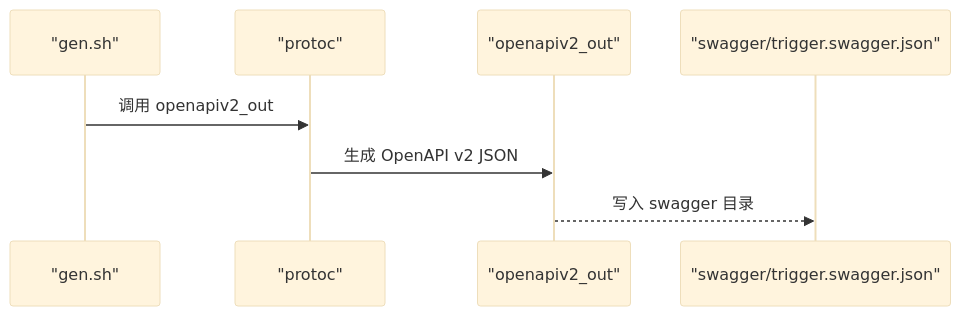
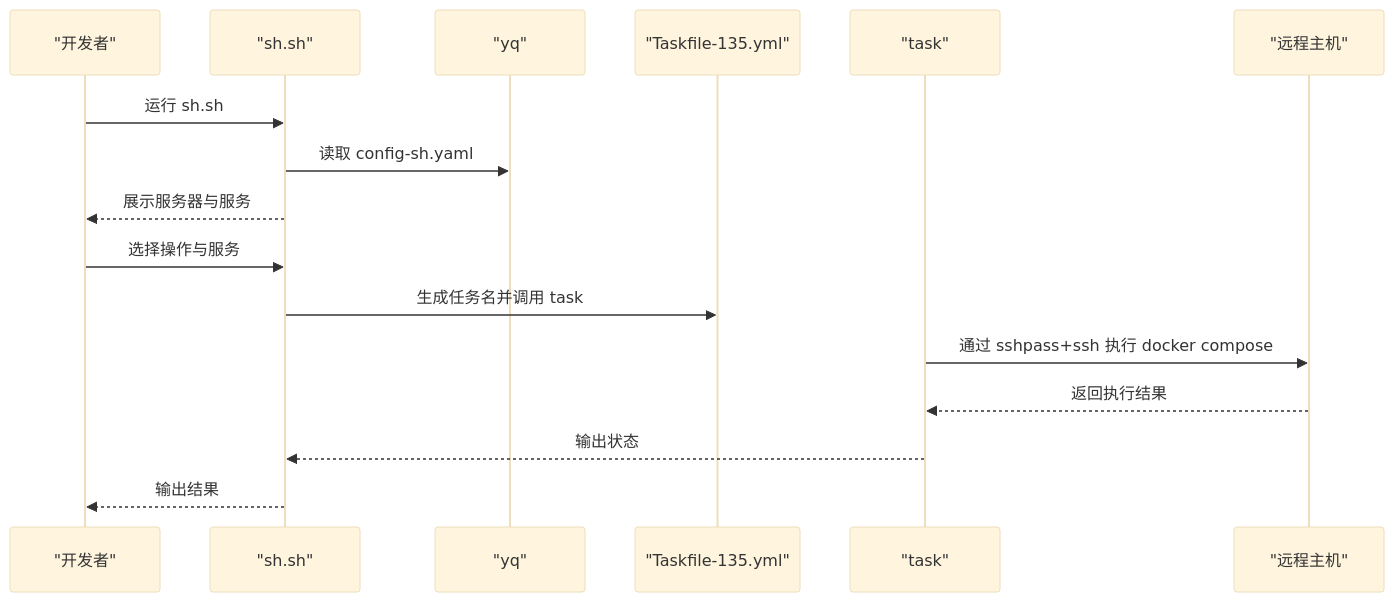
Before and after one commit to maomao94/zero-service: the fourth of 6 diagrams in .qoder/repowiki/zh/content/开发指南/代码生成工具.md, drawn with Mermaid (base theme). The commit also changed other lines of this file and 362 other files, not shown here.

````diff
--- a/.qoder/repowiki/zh/content/开发指南/代码生成工具.md
+++ b/.qoder/repowiki/zh/content/开发指南/代码生成工具.md
@@ -246,10 +223,18 @@
 ```mermaid
 sequenceDiagram
-participant GS as "gen.sh"
-participant PC as "protoc"
-participant OA as "openapiv2_out"
-participant SW as "swagger/trigger.swagger.json"
-GS->>PC : 调用 openapiv2_out
-PC->>OA : 生成 OpenAPI v2 JSON
-OA-->>SW : 写入 swagger 目录
+participant Dev as "开发者"
+participant SH as "sh.sh"
+participant YQ as "yq"
+participant TF as "Taskfile-135.yml"
+participant TASK as "task"
+participant REM as "远程主机"
+Dev->>SH : 运行 sh.sh
+SH->>YQ : 读取 config-sh.yaml
+SH-->>Dev : 展示服务器与服务
+Dev->>SH : 选择操作与服务
+SH->>TF : 生成任务名并调用 task
+TASK->>REM : 通过 sshpass+ssh 执行 docker compose
+REM-->>TASK : 返回执行结果
+TASK-->>SH : 输出状态
+SH-->>Dev : 输出结果
 ```
````
